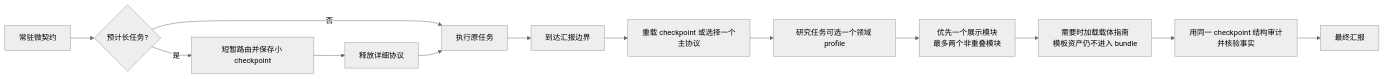
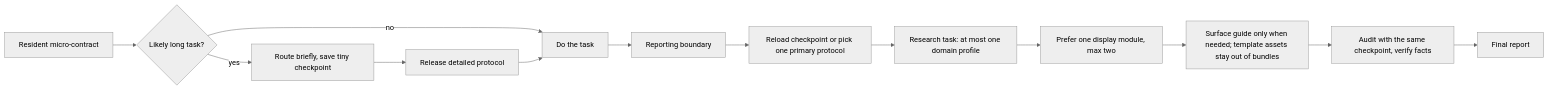
Before and after one commit to asimfish/super_agent_presentation: the diagram in README.md, drawn with Mermaid (neutral theme). The commit also changed other lines of this file and 174 other files, not shown here.

````diff
--- a/README.md
+++ b/README.md
@@ -32,17 +137,17 @@
 ```mermaid
 flowchart LR
-    accTitle: Agentic Reporting 的三层执行机制
-    accDescr: 极短常驻契约在预计长任务开始时只保存小检查点并释放详细协议，任务完成后再按需加载一个主协议、最多两个模块并审计。
-    A[常驻微契约] --> B{预计长任务?}
-    B -- 是 --> C[短暂路由并保存小 checkpoint]
-    C --> D[释放详细协议]
-    B -- 否 --> E[执行原任务]
+    accTitle: Three-layer execution mechanism of agentic reporting
+    accDescr: A tiny resident contract saves a small checkpoint at long-task start and releases the detailed protocol; at delivery it reloads one primary protocol, at most two modules, and audits with the same checkpoint.
+    A[Resident micro-contract] --> B{Likely long task?}
+    B -- yes --> C[Route briefly, save tiny checkpoint]
+    C --> D[Release detailed protocol]
+    B -- no --> E[Do the task]
     D --> E
-    E --> F[到达汇报边界]
-    F --> G[重载 checkpoint 或选择一个主协议]
-    G --> H[研究任务可选一个领域 profile]
-    H --> K[优先一个展示模块\n最多两个非重叠模块]
-    K --> L[需要时加载载体指南\n模板资产仍不进入 bundle]
-    L --> I[用同一 checkpoint 结构审计并核验事实]
-    I --> J[最终汇报]
+    E --> F[Reporting boundary]
+    F --> G[Reload checkpoint or pick one primary protocol]
+    G --> H[Research task: at most one domain profile]
+    H --> K[Prefer one display module, max two]
+    K --> L[Surface guide only when needed; template assets stay out of bundles]
+    L --> I[Audit with the same checkpoint, verify facts]
+    I --> J[Final report]
 ```
````
